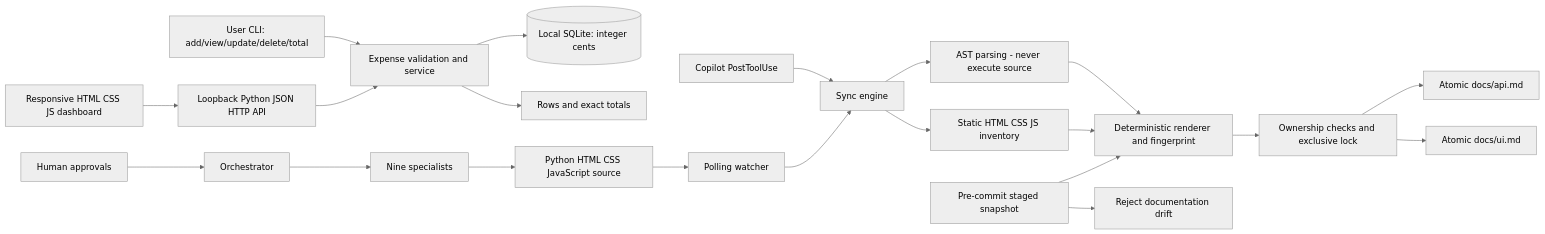
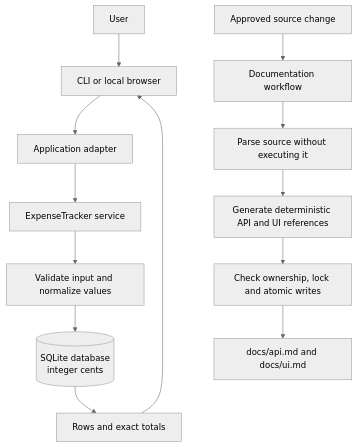
One commit to deepakkumar-r/daily-expense-tracker-automatic-doc-sync changed the first of 2 diagrams in docs/architecture.md. Above: the diagram before and after it, drawn with Mermaid (neutral theme). The commit also changed other lines of this file and 1 other file, not shown here.

First line of the commit message:
docs: simplify architecture and agentic workflow

````diff
--- a/docs/architecture.md
+++ b/docs/architecture.md
@@ -7,23 +7,16 @@
 ```mermaid
-flowchart LR
-    U[User CLI: add/view/update/delete/total] --> X[Expense validation and service]
-    B[Responsive HTML CSS JS dashboard] --> HTTP[Loopback Python JSON HTTP API]
-    HTTP --> X
-    X --> DB[(Local SQLite: integer cents)]
-    X --> OUT[Rows and exact totals]
-    H[Human approvals] --> O[Orchestrator]
-    O --> A[Nine specialists]
-    A --> S[Python HTML CSS JavaScript source]
-    S --> W[Polling watcher]
-    C[Copilot PostToolUse] --> E[Sync engine]
-    W --> E
-    E --> P[AST parsing - never execute source]
-    P --> R[Deterministic renderer and fingerprint]
-    E --> UI[Static HTML CSS JS inventory]
-    UI --> R
-    R --> L[Ownership checks and exclusive lock]
-    L --> D[Atomic docs/api.md]
-    L --> UD[Atomic docs/ui.md]
-    G[Pre-commit staged snapshot] --> R
-    G --> Q[Reject documentation drift]
+flowchart TD
+    U[User] --> C[CLI or local browser]
+    C --> A[Application adapter]
+    A --> S[ExpenseTracker service]
+    S --> V[Validate input and normalize values]
+    V --> D[(SQLite database<br/>integer cents)]
+    D --> R[Rows and exact totals]
+    R --> C
+
+    H[Approved source change] --> W[Documentation workflow]
+    W --> P[Parse source without executing it]
+    P --> G[Generate deterministic API and UI references]
+    G --> Q[Check ownership, lock and atomic writes]
+    Q --> O[docs/api.md and docs/ui.md]
 ```
````
